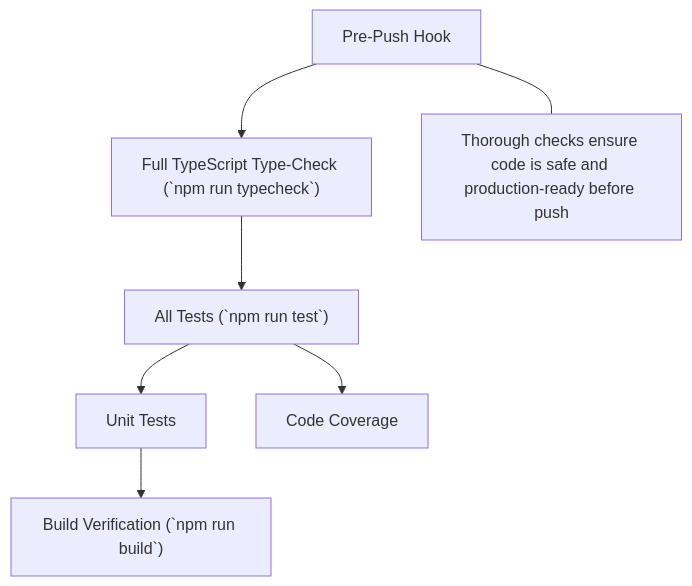
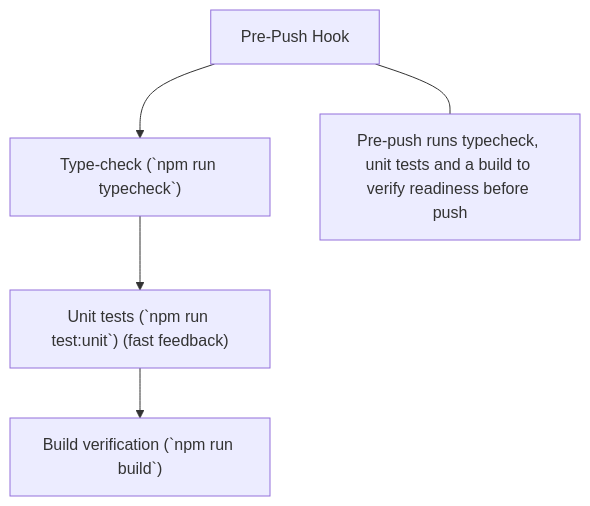
The second of 2 diagrams in docs/PRE-HOOKS.md (aj-kivimaki/jpx), drawn with Mermaid before and after one commit. The commit also changed other lines of this file and 19 other files, not shown here.

````diff
--- a/docs/PRE-HOOKS.md
+++ b/docs/PRE-HOOKS.md
@@ -22,11 +22,9 @@
 ```mermaid
 flowchart TD
-    PrePush["Pre-Push Hook"] --> TypeCheck["Full TypeScript Type-Check (`npm run typecheck`)"]
-    TypeCheck --> Tests["All Tests (`npm run test`)"]
-    Tests --> UnitTests["Unit Tests"]
-    Tests --> CodeCoverage["Code Coverage"]
-    UnitTests --> BuildVerification["Build Verification (`npm run build`)"]
+    PrePush["Pre-Push Hook"] --> TypeCheck["Type-check (`npm run typecheck`)"]
+    TypeCheck --> UnitTests["Unit tests (`npm run test:unit`) (fast feedback)"]
+    UnitTests --> BuildVerification["Build verification (`npm run build`)"]
 
     %% Notes
-    PrePush --- Note1["Thorough checks ensure code is safe and production-ready before push"]
+    PrePush --- Note1["Pre-push runs typecheck, unit tests and a build to verify readiness before push"]
 ```
````
